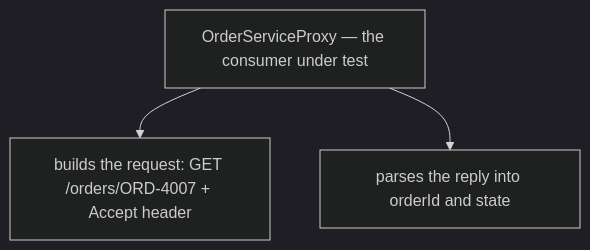
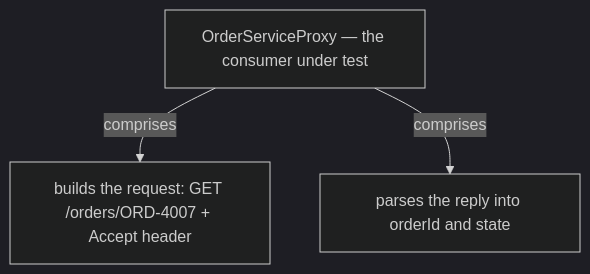
One commit to vinayakuber/microservices-io-study-guide changed the fifth of 13 diagrams in docs/ch26-consumer-side-contract-test.md. Above: the diagram before and after it, drawn with Mermaid (dark theme). The commit also changed other lines of this file and 71 other files, not shown here.

First line of the commit message:
R18: label every diagram arrow with its meaning

````diff
--- a/docs/ch26-consumer-side-contract-test.md
+++ b/docs/ch26-consumer-side-contract-test.md
@@ -206,6 +206,6 @@
 ```mermaid
 flowchart TD
   R["OrderServiceProxy — the consumer under test"]
-  R --> P0["builds the request: GET /orders/ORD-4007 + Accept header"]
-  R --> P1["parses the reply into orderId and state"]
+  R -->|"comprises"| P0["builds the request: GET /orders/ORD-4007 + Accept header"]
+  R -->|"comprises"| P1["parses the reply into orderId and state"]
 ```
````
